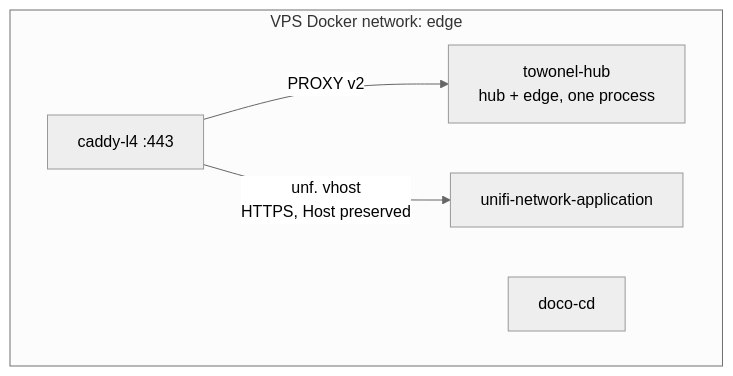
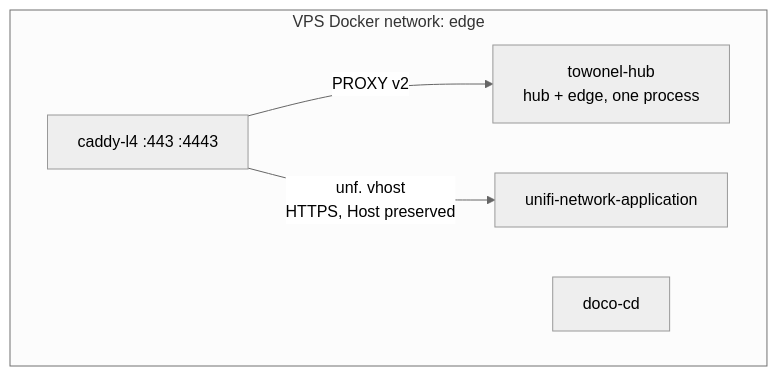
One commit to tscibilia/home-ops changed the second of 2 diagrams in docker/vps/README.md. Above: the diagram before and after it, drawn with Mermaid (neutral theme). The commit also changed other lines of this file and 4 other files, not shown here.

````diff
--- a/docker/vps/README.md
+++ b/docker/vps/README.md
@@ -39,11 +41,11 @@
 ```mermaid
 graph TD
     subgraph VPS Docker network: edge
-        caddy[caddy-l4 :443]
+        caddy[caddy-l4 :443 :4443]
         towonel[towonel-hub\nhub + edge, one process]
         unifi[unifi-network-application]
         dococd[doco-cd]
     end
     caddy -->|PROXY v2| towonel
     caddy -->|unf. vhost\nHTTPS, Host preserved| unifi
 ```
````
